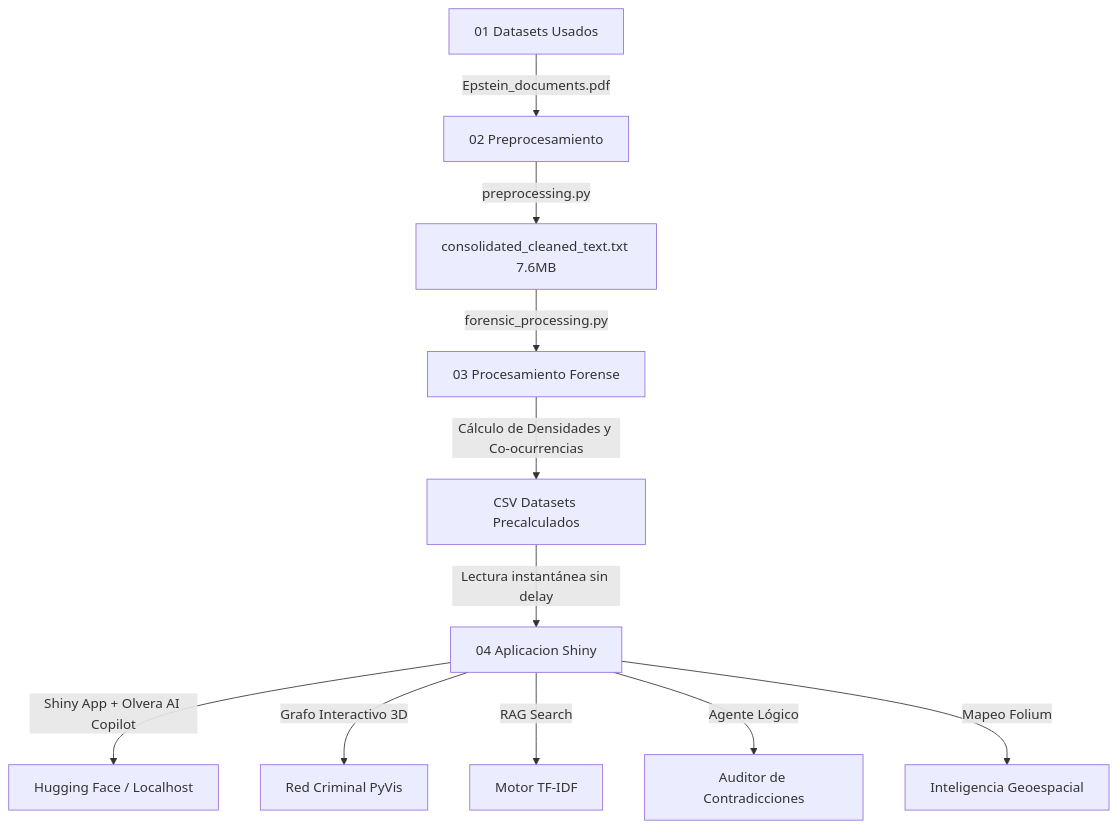
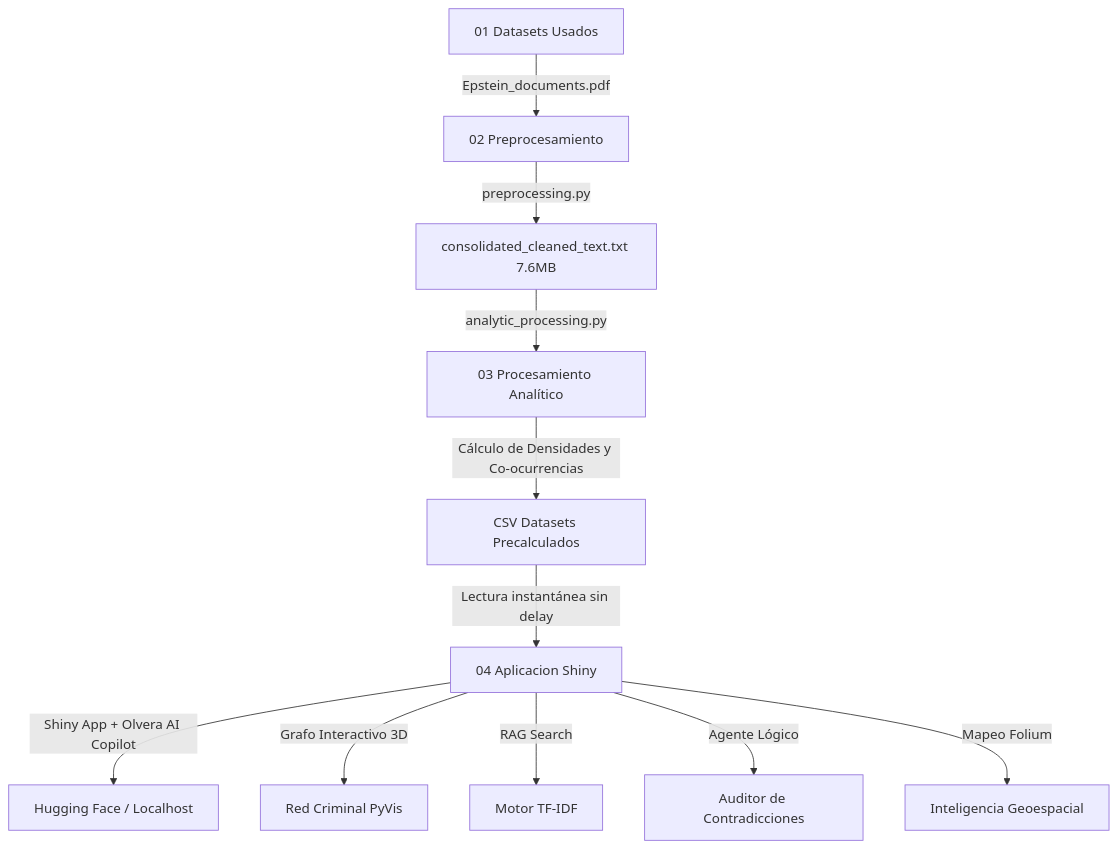
The diagram in README.md (jjho05/analisis-archivos-epstein), drawn with Mermaid before and after one commit. The commit also changed other lines of this file and 9 other files, not shown here.

````diff
--- a/README.md
+++ b/README.md
@@ -42,13 +33,13 @@
 ```mermaid
 graph TD
     A[01 Datasets Usados] -->|Epstein_documents.pdf| B[02 Preprocesamiento]
     B -->|preprocessing.py| C[consolidated_cleaned_text.txt 7.6MB]
-    C -->|forensic_processing.py| D[03 Procesamiento Forense]
+    C -->|analytic_processing.py| D[03 Procesamiento Analítico]
     D -->|Cálculo de Densidades y Co-ocurrencias| E[CSV Datasets Precalculados]
     E -->|Lectura instantánea sin delay| F[04 Aplicacion Shiny]
     F -->|Shiny App + Olvera AI Copilot| G[Hugging Face / Localhost]
     F -->|Grafo Interactivo 3D| H[Red Criminal PyVis]
     F -->|RAG Search| I[Motor TF-IDF]
     F -->|Agente Lógico| J[Auditor de Contradicciones]
     F -->|Mapeo Folium| K[Inteligencia Geoespacial]
 ```
````
